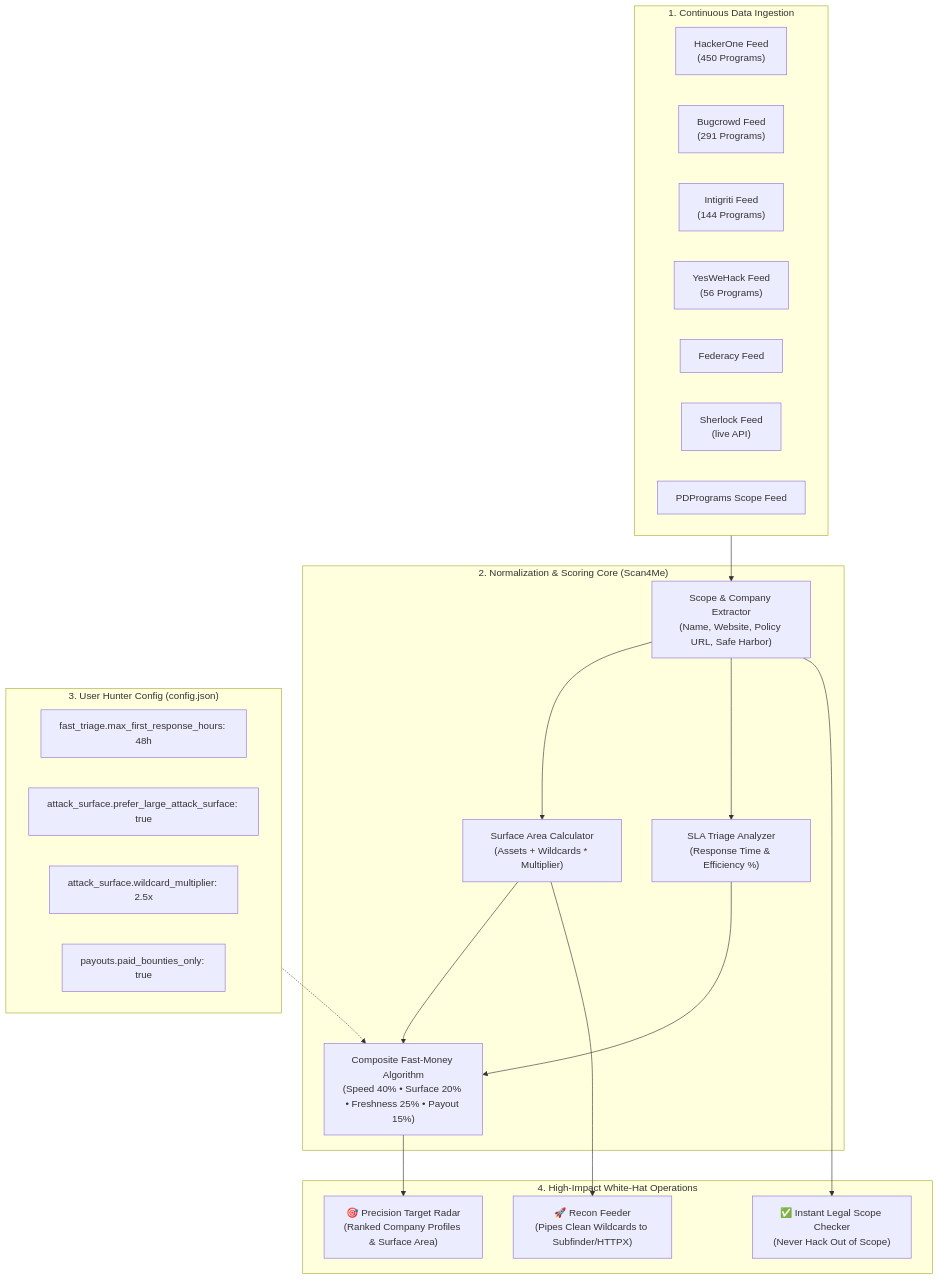
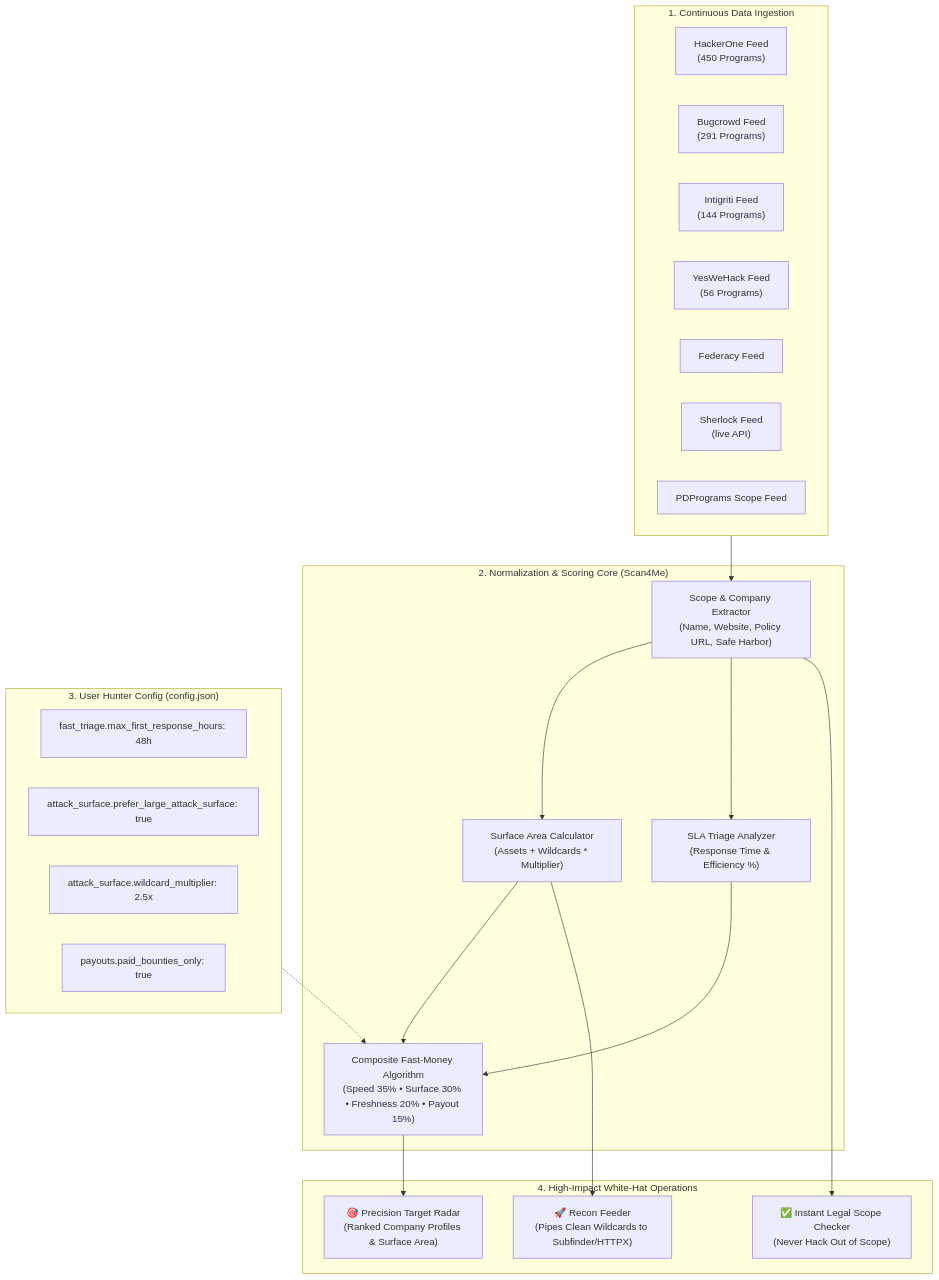
The diagram in README.md (code-hunter-extreme/Scan4Me), drawn with Mermaid before and after one commit. The commit also changed 1 other file, not shown here.

Commit message:
tune: ranking weights — surface +10%, triage_speed -5%, freshness -5%

````diff
--- a/README.md
+++ b/README.md
@@ -15,42 +15,42 @@
 ```mermaid
 flowchart TD
     subgraph DATA_SOURCES["1. Continuous Data Ingestion"]
         H1["HackerOne Feed\n(450 Programs)"]
         BC["Bugcrowd Feed\n(291 Programs)"]
         INTI["Intigriti Feed\n(144 Programs)"]
         YWH["YesWeHack Feed\n(56 Programs)"]
         FED["Federacy Feed"]
         SHER["Sherlock Feed\n(live API)"]
         PD["PDPrograms Scope Feed"]
     end
 
     subgraph ENGINE["2. Normalization & Scoring Core (Scan4Me)"]
         PARSE["Scope & Company Extractor\n(Name, Website, Policy URL, Safe Harbor)"]
         SURFACE["Surface Area Calculator\n(Assets + Wildcards * Multiplier)"]
         TRIAGE["SLA Triage Analyzer\n(Response Time & Efficiency %)"]
-        SCORE["Composite Fast-Money Algorithm\n(Speed 40% • Surface 20% • Freshness 25% • Payout 15%)"]
+        SCORE["Composite Fast-Money Algorithm\n(Speed 35% • Surface 30% • Freshness 20% • Payout 15%)"]
     end
 
     subgraph CONFIG["3. User Hunter Config (config.json)"]
         CFG_SPEED["fast_triage.max_first_response_hours: 48h"]
         CFG_SURF["attack_surface.prefer_large_attack_surface: true"]
         CFG_WILD["attack_surface.wildcard_multiplier: 2.5x"]
         CFG_PAID["payouts.paid_bounties_only: true"]
     end
 
     subgraph OUTPUT["4. High-Impact White-Hat Operations"]
         RADAR["🎯 Precision Target Radar\n(Ranked Company Profiles & Surface Area)"]
         CHECK["✅ Instant Legal Scope Checker\n(Never Hack Out of Scope)"]
         EXPORT["🚀 Recon Feeder\n(Pipes Clean Wildcards to Subfinder/HTTPX)"]
     end
 
     DATA_SOURCES --> PARSE
     PARSE --> SURFACE
     PARSE --> TRIAGE
     CONFIG -.-> SCORE
     SURFACE --> SCORE
     TRIAGE --> SCORE
     SCORE --> RADAR
     PARSE --> CHECK
     SURFACE --> EXPORT
 ```
````
